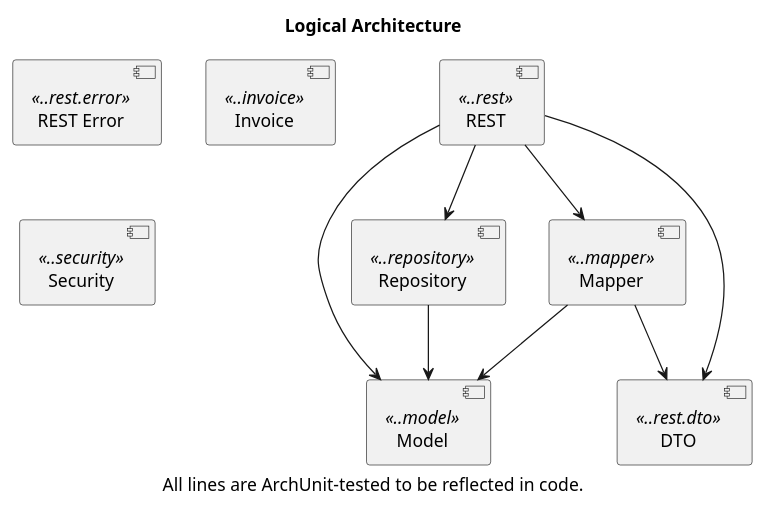
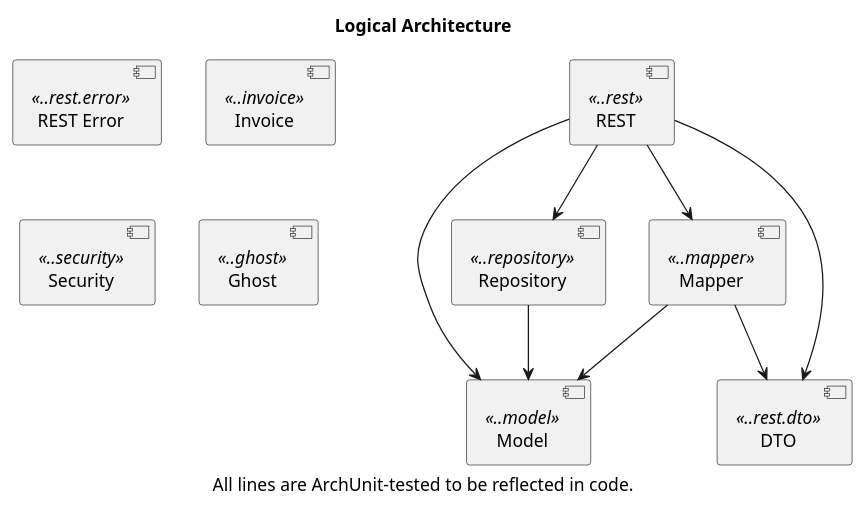
Before and after one commit to victorrentea/petclinic: the diagram in petclinic-backend/docs/packages.puml, drawn with PlantUML.

Commit message:
test(ci): introduce fake puml stereotype to fail ArchitectureTest

```diff
--- a/petclinic-backend/docs/packages.puml
+++ b/petclinic-backend/docs/packages.puml
@@ -1,23 +1,24 @@
 @startuml
 
 title Logical Architecture
 caption All lines are ArchUnit-tested to be reflected in code.
 
 [Model] <<..model>>
 [Repository] <<..repository>>
 [DTO] <<..rest.dto>>
 [REST Error] <<..rest.error>>
 [Mapper] <<..mapper>>
 [REST] <<..rest>>
 [Invoice] <<..invoice>>
 [Security] <<..security>>
+[Ghost] <<..ghost>>
 
 [Repository] --> [Model]
 [Mapper] --> [Model]
 [Mapper] --> [DTO]
 [REST] --> [Model]
 [REST] --> [Repository]
 [REST] --> [Mapper]
 [REST] --> [DTO]
 
 @enduml
```
